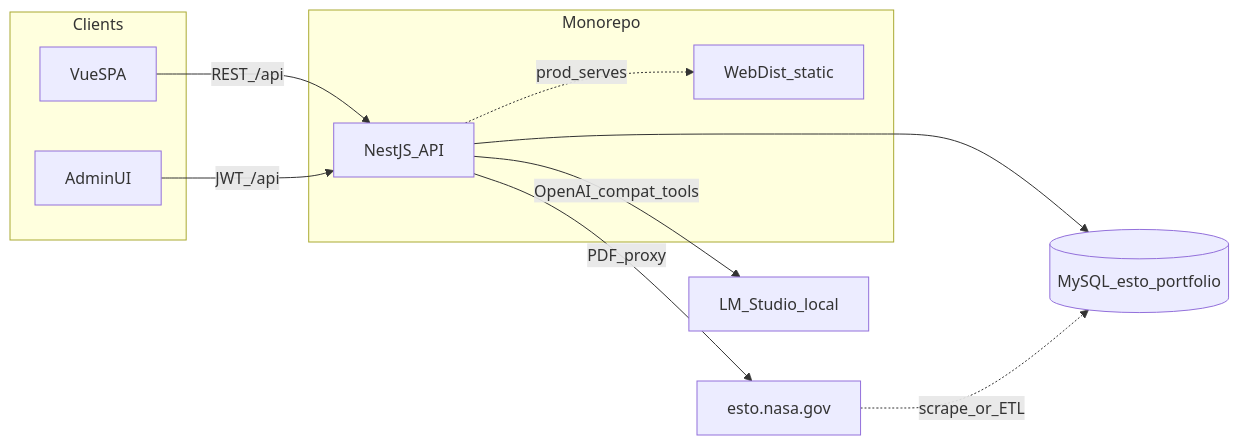
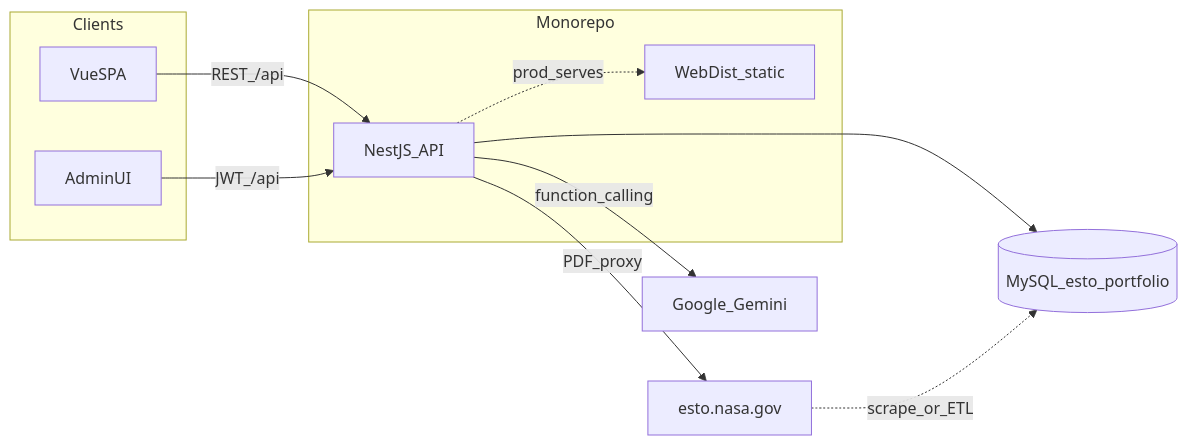
The first of 8 diagrams in README.md (samuel0h177/tech-portfolio), drawn with Mermaid before and after one commit. The commit also changed other lines of this file and 12 other files, not shown here.

First line of the commit message:
Integrate Google Gemini as Help Agent and update related configurations

````diff
--- a/README.md
+++ b/README.md
@@ -24,24 +24,24 @@
 ```mermaid
 flowchart LR
   subgraph clients [Clients]
     spa[VueSPA]
     adminUi[AdminUI]
   end
 
   subgraph apps [Monorepo]
     api[NestJS_API]
     webDist[WebDist_static]
   end
 
   db[(MySQL_esto_portfolio)]
   nasa[esto.nasa.gov]
-  lms[LM_Studio_local]
+  gemini[Google_Gemini]
 
   spa -->|REST_/api| api
   adminUi -->|JWT_/api| api
   api --> db
-  api -->|OpenAI_compat_tools| lms
+  api -->|function_calling| gemini
   api -->|PDF_proxy| nasa
   api -.->|prod_serves| webDist
   nasa -.->|scrape_or_ETL| db
 ```
````
